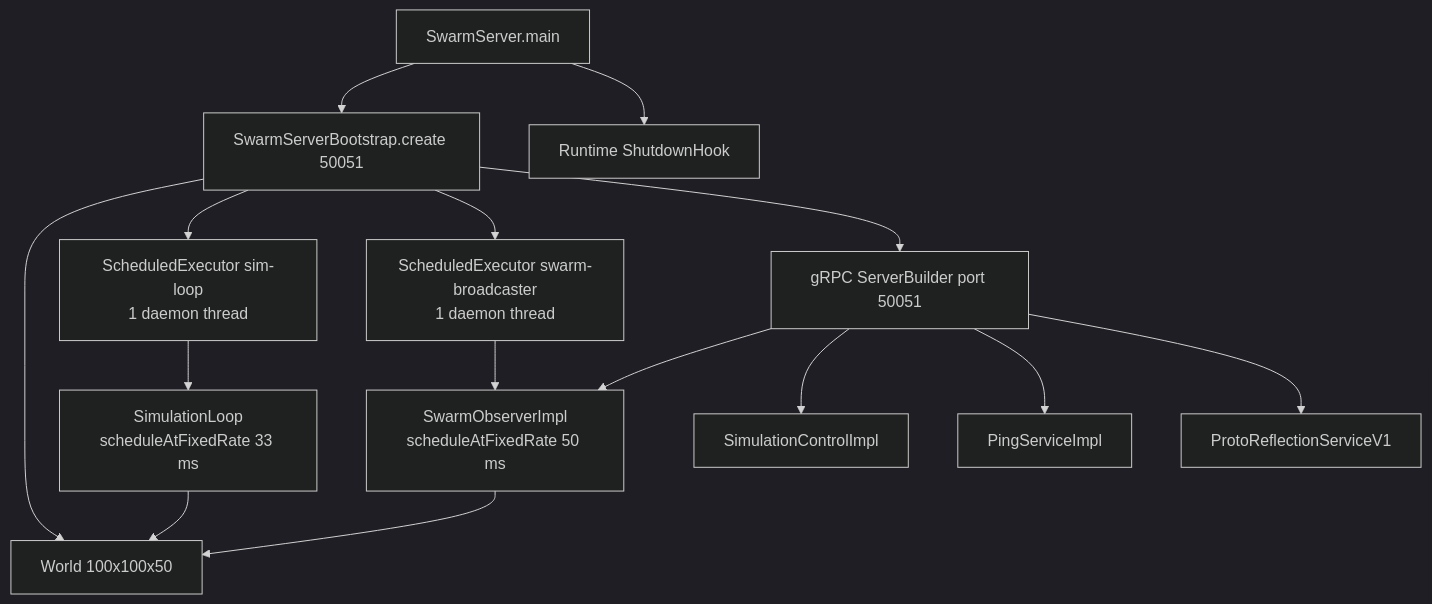
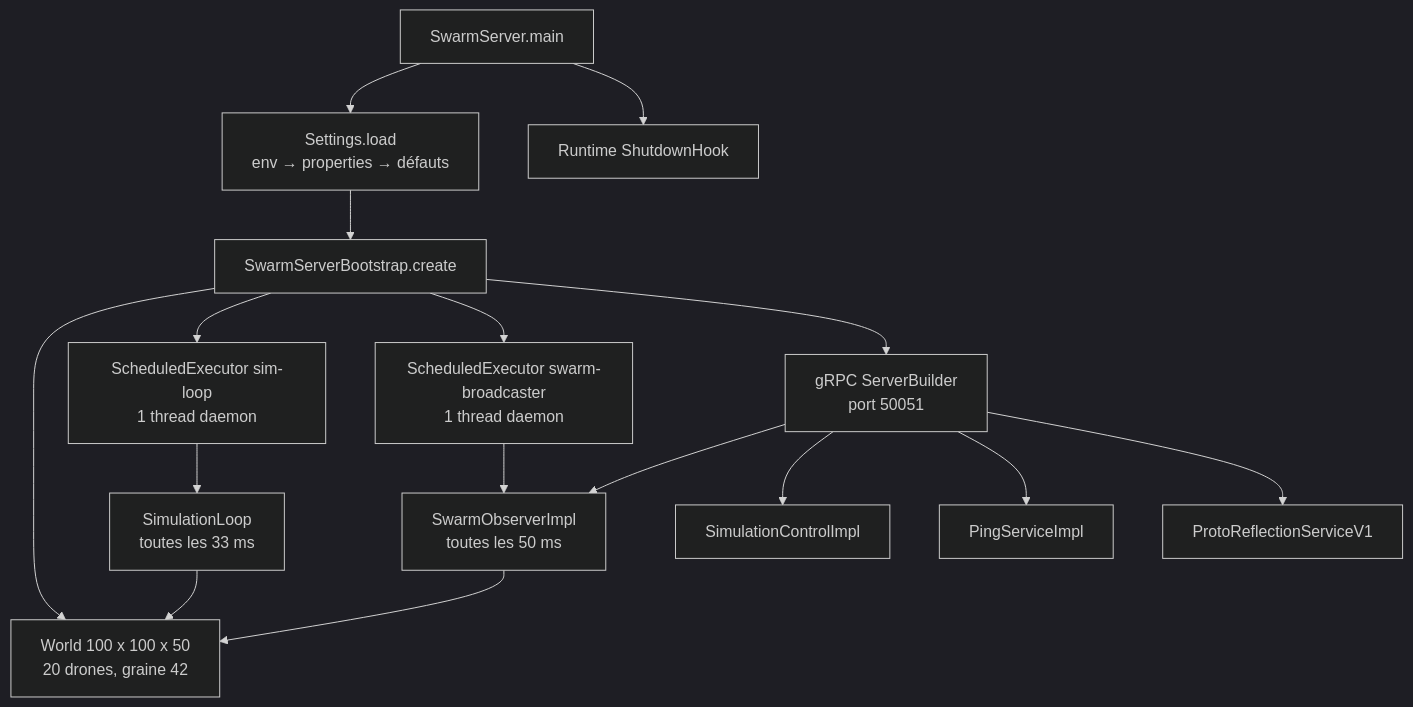
Before and after one commit to gakkel-labs/swarm-simulator: the second of 4 diagrams in docs/architecture.fr.md, drawn with Mermaid (dark theme). The commit also changed other lines of this file and 8 other files, not shown here.

Commit message:
docs: align architecture, Boids rules, gRPC contract and Unity guide with the code (#149)

````diff
--- a/docs/architecture.fr.md
+++ b/docs/architecture.fr.md
@@ -91,23 +127,24 @@
 ```mermaid
 flowchart TD
     MAIN[SwarmServer.main]
-    BOOT[SwarmServerBootstrap.create 50051]
-    W[World 100x100x50]
-    SIMEX[ScheduledExecutor sim-loop<br/>1 daemon thread]
-    SIM[SimulationLoop<br/>scheduleAtFixedRate 33 ms]
-    BCASTEX[ScheduledExecutor swarm-broadcaster<br/>1 daemon thread]
-    OBS[SwarmObserverImpl<br/>scheduleAtFixedRate 50 ms]
-    GRPC[gRPC ServerBuilder port 50051]
+    SET[Settings.load<br/>env → properties → défauts]
+    BOOT[SwarmServerBootstrap.create]
+    W[World 100 x 100 x 50<br/>20 drones, graine 42]
+    SIMEX[ScheduledExecutor sim-loop<br/>1 thread daemon]
+    SIM[SimulationLoop<br/>toutes les 33 ms]
+    BCASTEX[ScheduledExecutor swarm-broadcaster<br/>1 thread daemon]
+    OBS[SwarmObserverImpl<br/>toutes les 50 ms]
+    GRPC[gRPC ServerBuilder<br/>port 50051]
     HOOK[Runtime ShutdownHook]
 
-    MAIN --> BOOT
+    MAIN --> SET --> BOOT
     BOOT --> W
     BOOT --> SIMEX --> SIM --> W
     BOOT --> BCASTEX --> OBS --> W
     BOOT --> GRPC
     GRPC --> OBS
     GRPC --> CTRL2[SimulationControlImpl]
     GRPC --> PING[PingServiceImpl]
     GRPC --> REFL[ProtoReflectionServiceV1]
     MAIN --> HOOK
 ```
````
